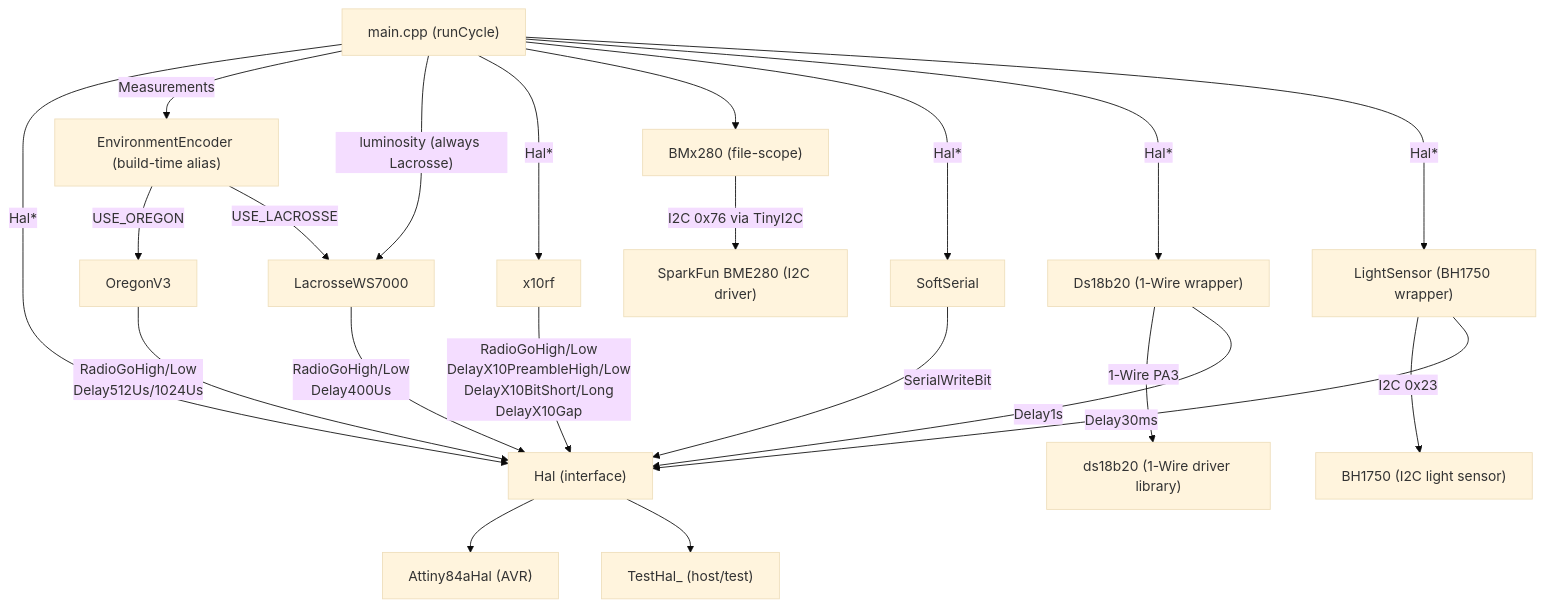
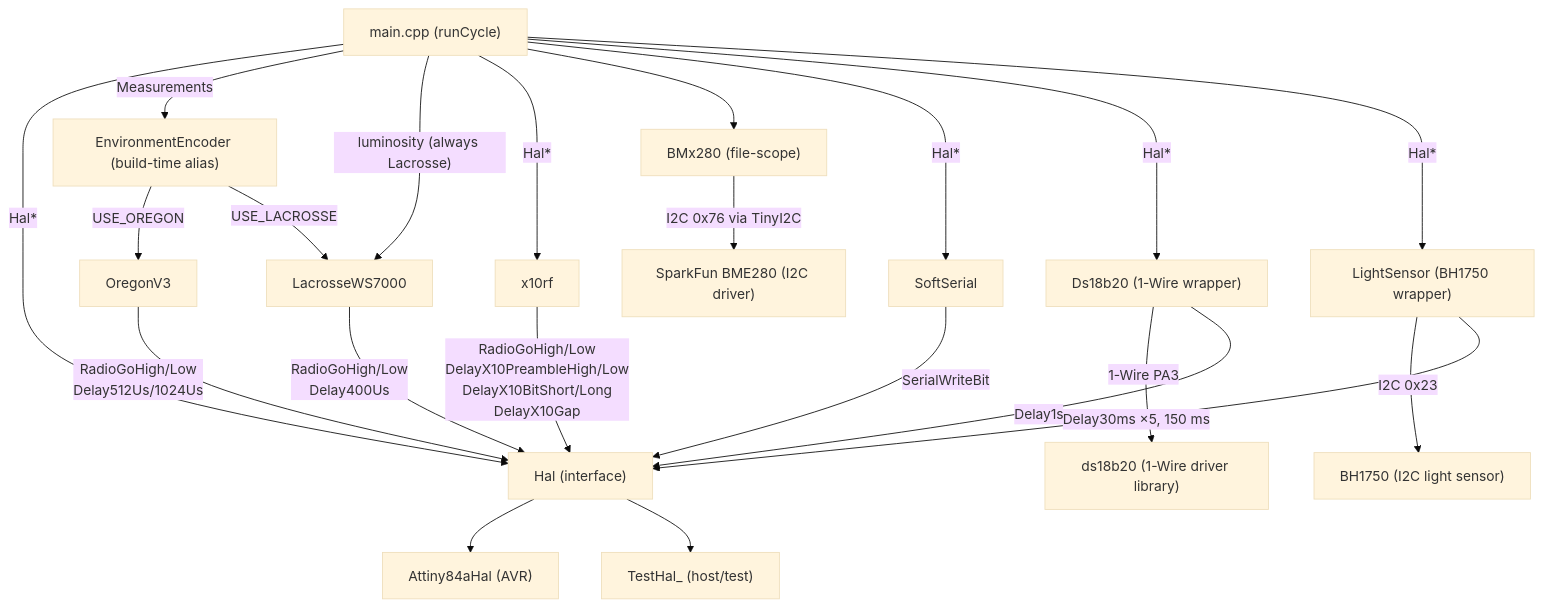
One commit to arcadien/tinySensor changed the first of 2 diagrams in docs/architecture.md. Above: the diagram before and after it, drawn with Mermaid (base theme). The commit also changed other lines of this file, not shown here.

Commit message:
arch(FUNC-X10-005,FUNC-SENSOR-003): X10 row restates the current timings, LightSensor edge shows 5 x 30 ms, Oregon v2.1 in the luminosity note

````diff
--- a/docs/architecture.md
+++ b/docs/architecture.md
@@ -9,26 +9,26 @@
 ```mermaid
 graph TD
   main["main.cpp (runCycle)"] -->|Hal*| HAL
   main -->|"Measurements"| EnvEnc["EnvironmentEncoder (build-time alias)"]
   EnvEnc -->|"USE_OREGON"| OregonV3
   EnvEnc -->|"USE_LACROSSE"| LacrosseWS7000
   main -->|"luminosity (always Lacrosse)"| LacrosseWS7000
   main -->|Hal*| x10rf
   main --> BMx280["BMx280 (file-scope)"]
   main -->|Hal*| SoftSerial
   main -->|Hal*| Ds18b20["Ds18b20 (1-Wire wrapper)"]
   Ds18b20 -->|"1-Wire PA3"| ds18b20["ds18b20 (1-Wire driver library)"]
   main -->|Hal*| LightSensor["LightSensor (BH1750 wrapper)"]
   LightSensor -->|"I2C 0x23"| BH1750["BH1750 (I2C light sensor)"]
-  LightSensor -->|Delay30ms| HAL
+  LightSensor -->|Delay30ms ×5, 150 ms| HAL
 
   HAL["Hal (interface)"] --> Attiny84aHal["Attiny84aHal (AVR)"]
   HAL --> TestHal["TestHal_ (host/test)"]
 
   OregonV3 -->|RadioGoHigh/Low\nDelay512Us/1024Us| HAL
   LacrosseWS7000 -->|RadioGoHigh/Low\nDelay400Us| HAL
   x10rf -->|"RadioGoHigh/Low\nDelayX10PreambleHigh/Low\nDelayX10BitShort/Long\nDelayX10Gap"| HAL
   SoftSerial -->|SerialWriteBit| HAL
   BMx280 -->|"I2C 0x76 via TinyI2C"| BME280["SparkFun BME280 (I2C driver)"]
   Ds18b20 -->|Delay1s| HAL
 ```
````
